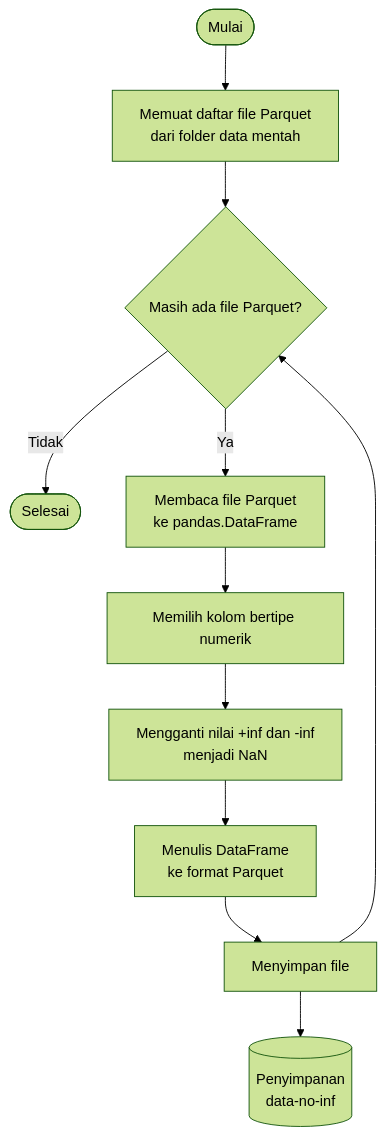
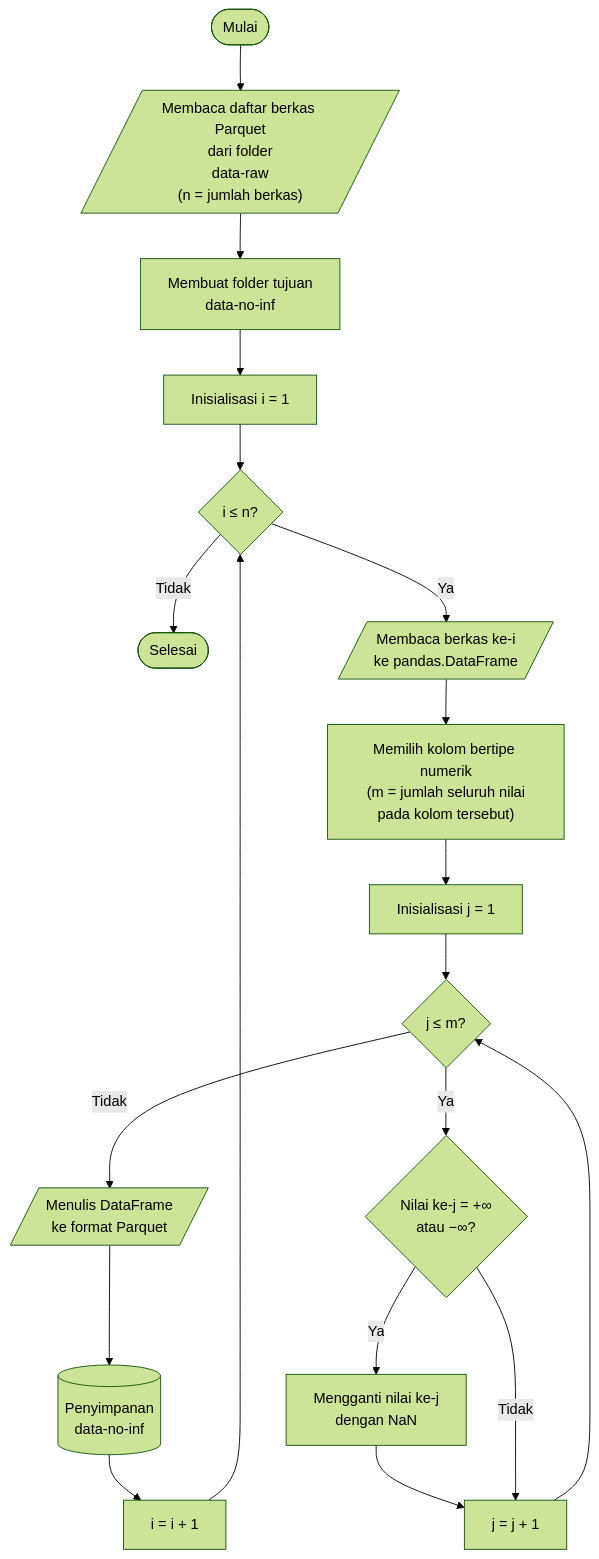
One commit to JoxNeis/mlids-robustness changed the diagram in thesis/04_bab_04/02_membersihkan_data_tak_hingga.md. Above: the diagram before and after it, drawn with Mermaid (forest theme). The commit also changed other lines of this file and 34 other files, not shown here.

````diff
--- a/thesis/04_bab_04/02_membersihkan_data_tak_hingga.md
+++ b/thesis/04_bab_04/02_membersihkan_data_tak_hingga.md
@@ -24,17 +21,26 @@
 ```mermaid
 flowchart TD
-    mulai([Mulai])
-    mulai --> muat_folder[Memuat daftar file Parquet<br>dari folder data mentah]
-    muat_folder --> cek_file{Masih ada file Parquet?}
+    mulai(["Mulai"])
+    mulai --> input_berkas[/"Membaca daftar berkas Parquet<br>dari folder<br>data-raw<br>(n = jumlah berkas)"/]
+    input_berkas --> buat_folder["Membuat folder tujuan<br>data-no-inf"]
+    buat_folder --> init_i["Inisialisasi i = 1"]
+    init_i --> cek_i{"i ≤ n?"}
 
-    cek_file -->|Tidak| selesai([Selesai])
-    cek_file -->|Ya| baca_file[Membaca file Parquet<br>ke pandas.DataFrame]
+    cek_i -->|"Tidak"| selesai(["Selesai"])
+    cek_i -->|"Ya"| baca_df[/"Membaca berkas ke-i<br>ke pandas.DataFrame"/]
 
-    baca_file --> pilih_kolom[Memilih kolom bertipe numerik]
-    pilih_kolom --> ganti_inf[Mengganti nilai +inf dan -inf<br>menjadi NaN]
-    ganti_inf --> tulis_parquet[Menulis DataFrame<br>ke format Parquet]
-    tulis_parquet --> simpan_file[Menyimpan file]
-    simpan_file --> penyimpanan[(Penyimpanan<br>data-no-inf)]
+    baca_df --> pilih_kolom["Memilih kolom bertipe numerik<br>(m = jumlah seluruh nilai<br>pada kolom tersebut)"]
+    pilih_kolom --> init_j["Inisialisasi j = 1"]
+    init_j --> cek_j{"j ≤ m?"}
 
-    simpan_file --> cek_file
+    cek_j -->|"Tidak"| tulis[/"Menulis DataFrame<br>ke format Parquet"/]
+    cek_j -->|"Ya"| cek_inf{"Nilai ke-j = +∞<br>atau −∞?"}
+    cek_inf -->|"Ya"| ganti_nan["Mengganti nilai ke-j<br>dengan NaN"]
+    ganti_nan --> inc_j["j = j + 1"]
+    cek_inf -->|"Tidak"| inc_j
+    inc_j --> cek_j
+
+    tulis --> simpan[("Penyimpanan<br>data-no-inf")]
+    simpan --> inc_i["i = i + 1"]
+    inc_i --> cek_i
 ```
````
